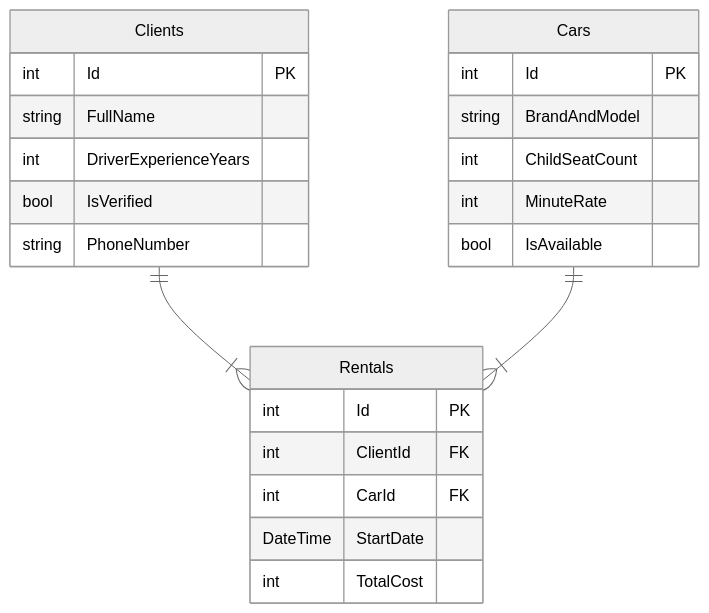
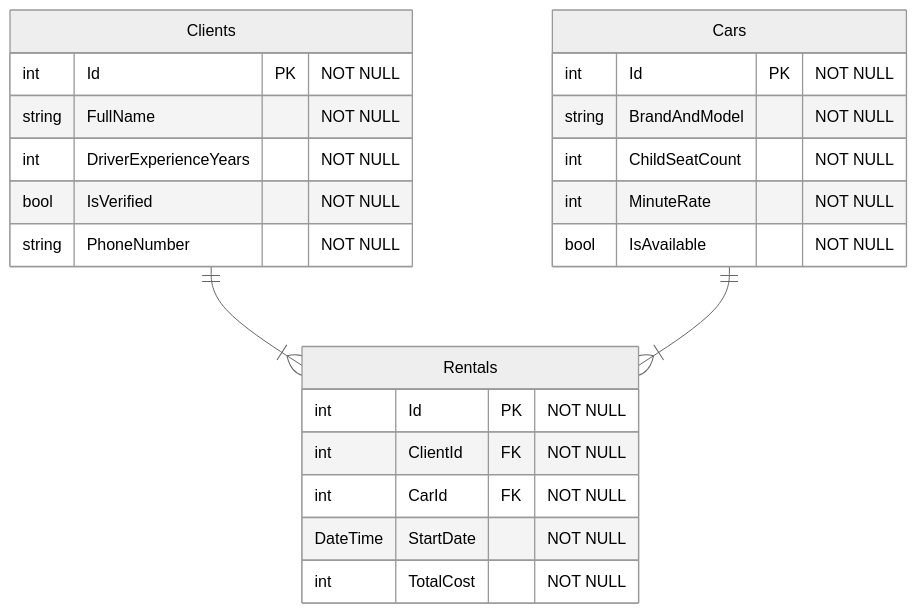
Before and after one commit to qsemyon/volvan: the diagram in README.md, drawn with Mermaid (neutral theme). The commit also changed other lines of this file, not shown here.

````diff
--- a/README.md
+++ b/README.md
@@ -18,29 +21,29 @@
 ```mermaid
 erDiagram
     Clients ||--|{ Rentals : ""
     Cars ||--|{ Rentals : ""
 
     Clients {
-        int Id PK
-        string FullName
-        int DriverExperienceYears
-        bool IsVerified
-        string PhoneNumber
+        int Id PK "NOT NULL"
+        string FullName "NOT NULL"
+        int DriverExperienceYears "NOT NULL"
+        bool IsVerified "NOT NULL"
+        string PhoneNumber "NOT NULL"
     }
 
     Cars {
-        int Id PK
-        string BrandAndModel
-        int ChildSeatCount
-        int MinuteRate
-        bool IsAvailable
+        int Id PK "NOT NULL"
+        string BrandAndModel "NOT NULL"
+        int ChildSeatCount "NOT NULL"
+        int MinuteRate "NOT NULL"
+        bool IsAvailable "NOT NULL"
     }
 
     Rentals {
-        int Id PK
-        int ClientId FK
-        int CarId FK
-        DateTime StartDate
-        int TotalCost
+        int Id PK "NOT NULL"
+        int ClientId FK "NOT NULL"
+        int CarId FK "NOT NULL"
+        DateTime StartDate "NOT NULL"
+        int TotalCost "NOT NULL"
     }
 ```
````
